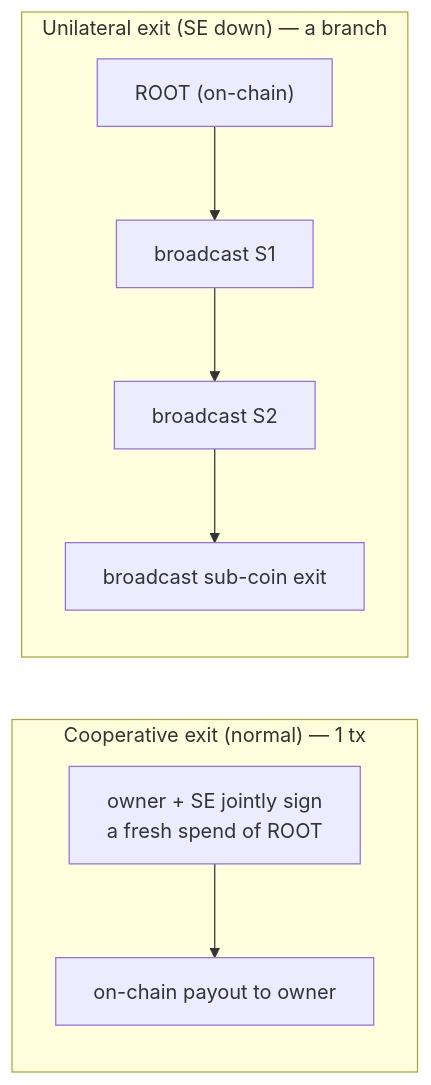
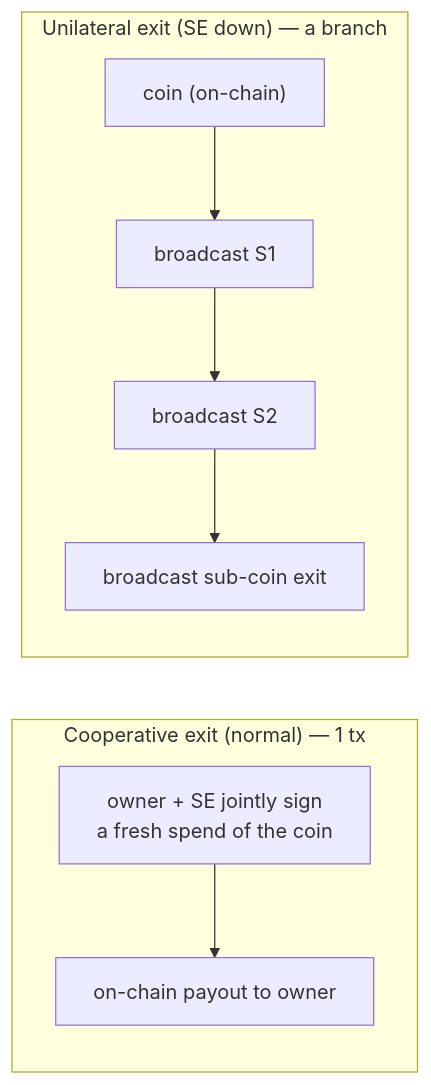
The second of 2 diagrams in docs/rgb_offchain_split_spilman.md (gofman8/mercurylayer), drawn with Mermaid before and after one commit. The commit also changed other lines of this file and 4 other files, not shown here.

````diff
--- a/docs/rgb_offchain_split_spilman.md
+++ b/docs/rgb_offchain_split_spilman.md
@@ -153,11 +147,11 @@
 ```mermaid
 flowchart LR
     subgraph COOP["Cooperative exit (normal) — 1 tx"]
         direction TB
-        c1["owner + SE jointly sign<br/>a fresh spend of ROOT"] --> c2["on-chain payout to owner"]
+        c1["owner + SE jointly sign<br/>a fresh spend of the coin"] --> c2["on-chain payout to owner"]
     end
     subgraph UNI["Unilateral exit (SE down) — a branch"]
         direction TB
-        u0["ROOT (on-chain)"] --> u1["broadcast S1"] --> u2["broadcast S2"] --> u3["broadcast sub-coin exit"]
+        u0["coin (on-chain)"] --> u1["broadcast S1"] --> u2["broadcast S2"] --> u3["broadcast sub-coin exit"]
     end
 ```
````
